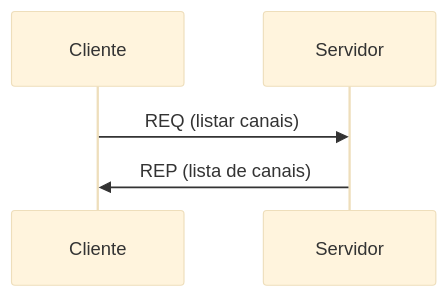
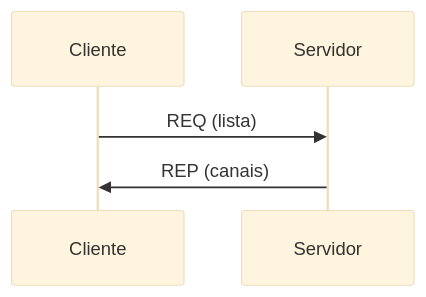
The fifth of 6 diagrams in README.md (Marcela1204/CC7261_Projeto_Sistemas_Distribuidos), drawn with Mermaid (base theme) before and after one commit. The commit also changed other lines of this file, not shown here.

````diff
--- a/README.md
+++ b/README.md
@@ -77,5 +124,5 @@
 ```mermaid
 sequenceDiagram
-  Cliente ->> Servidor: REQ (listar canais)
-  Servidor ->> Cliente: REP (lista de canais)
+  Cliente ->> Servidor: REQ (lista)
+  Servidor ->> Cliente: REP (canais)
 ```
````
